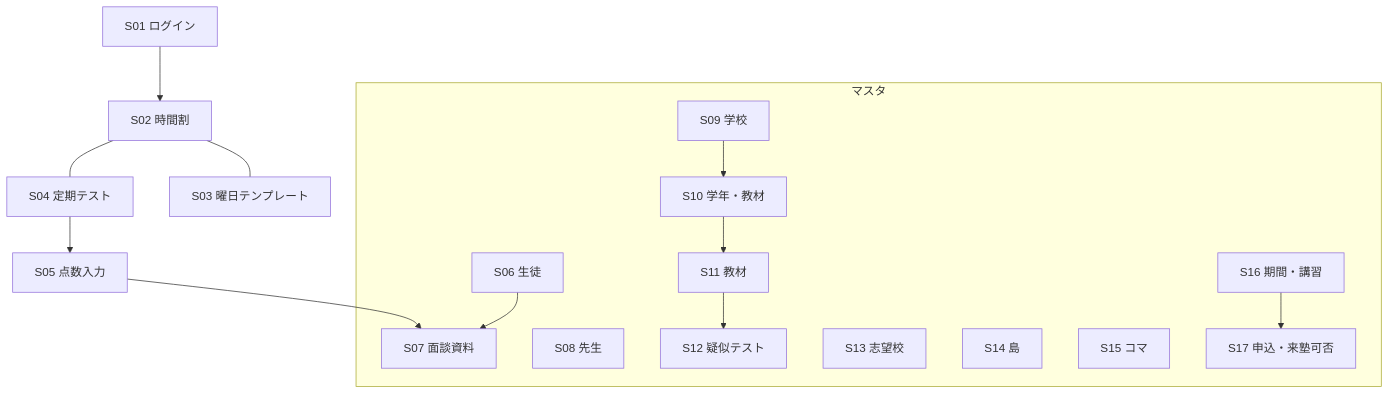
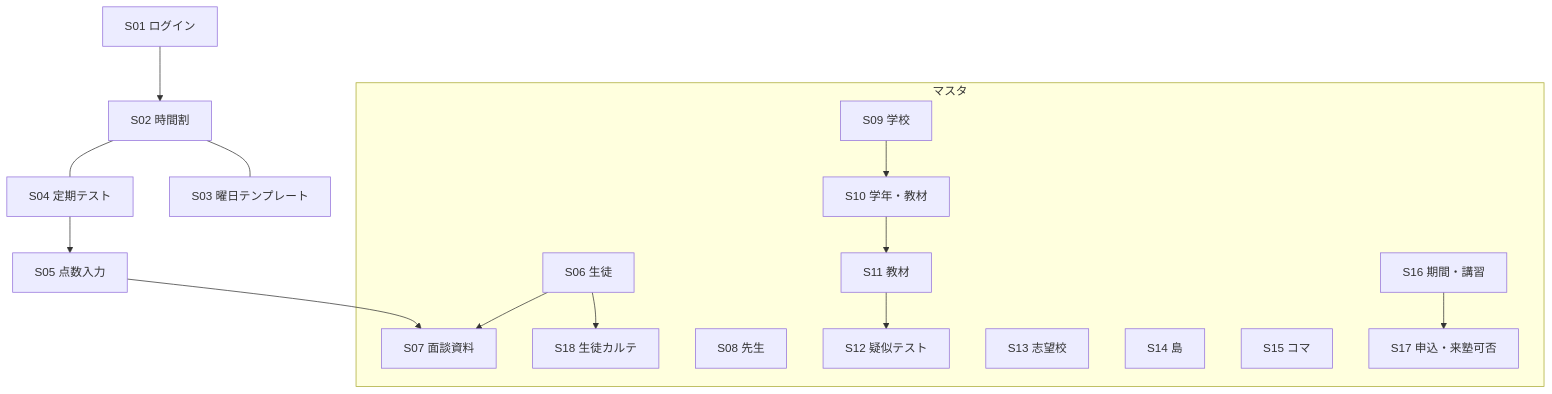
One commit to tetsu4993/juku-timetable changed the second of 3 diagrams in docs/03_基本設計書.md. Above: the diagram before and after it, drawn with Mermaid. The commit also changed other lines of this file and 15 other files, not shown here.

````diff
--- a/docs/03_基本設計書.md
+++ b/docs/03_基本設計書.md
@@ -101,15 +103,16 @@
 ```mermaid
 flowchart TB
   L[S01 ログイン] --> TT[S02 時間割]
   TT --- TP[S03 曜日テンプレート]
   TT --- EX[S04 定期テスト] --> SE[S05 点数入力] --> GR[S07 面談資料]
   subgraph マスタ
     ST[S06 生徒] --> GR
+    ST --> KR[S18 生徒カルテ]
     TE[S08 先生]
     SC[S09 学校] --> SM[S10 学年・教材] --> MA[S11 教材] --> GT[S12 疑似テスト]
     TS[S13 志望校]
     IS[S14 島]
     PE[S15 コマ]
     TM[S16 期間・講習] --> TD[S17 申込・来塾可否]
   end
 ```
````
